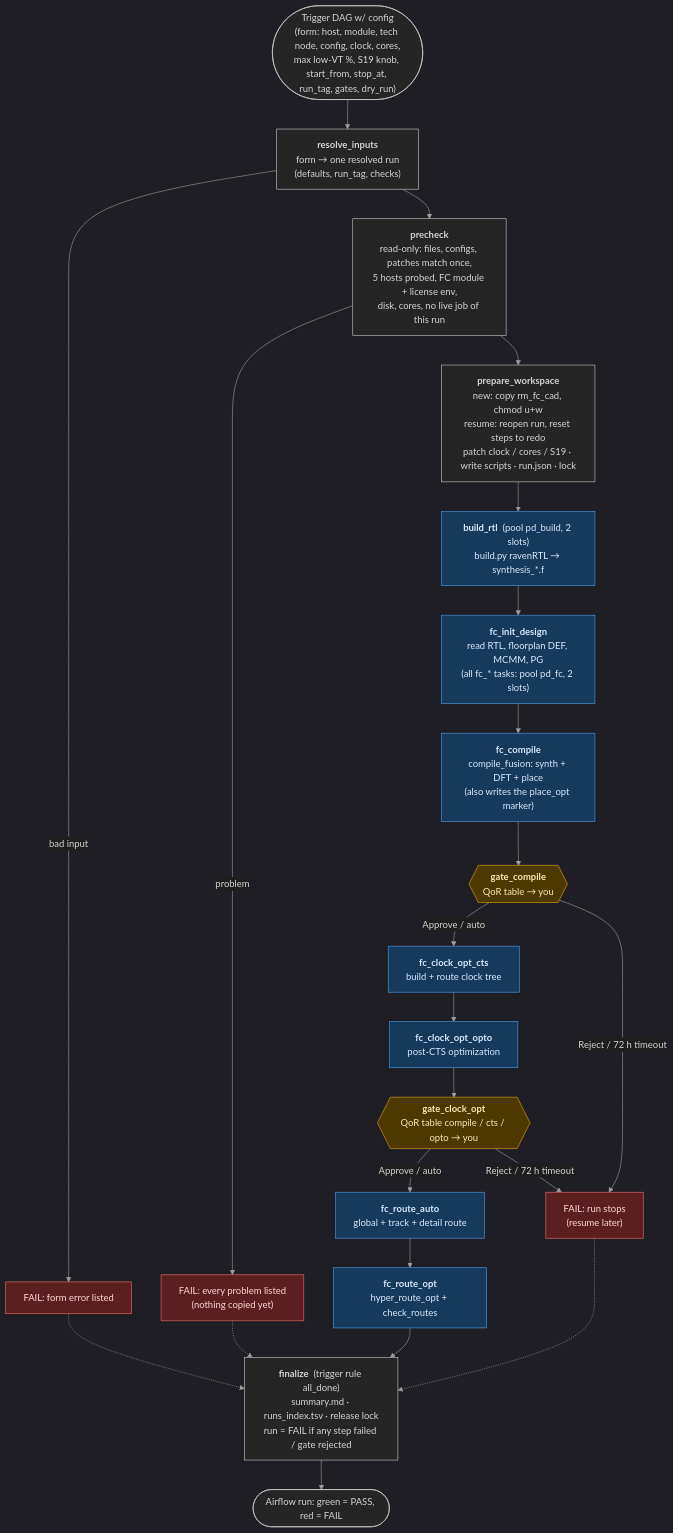
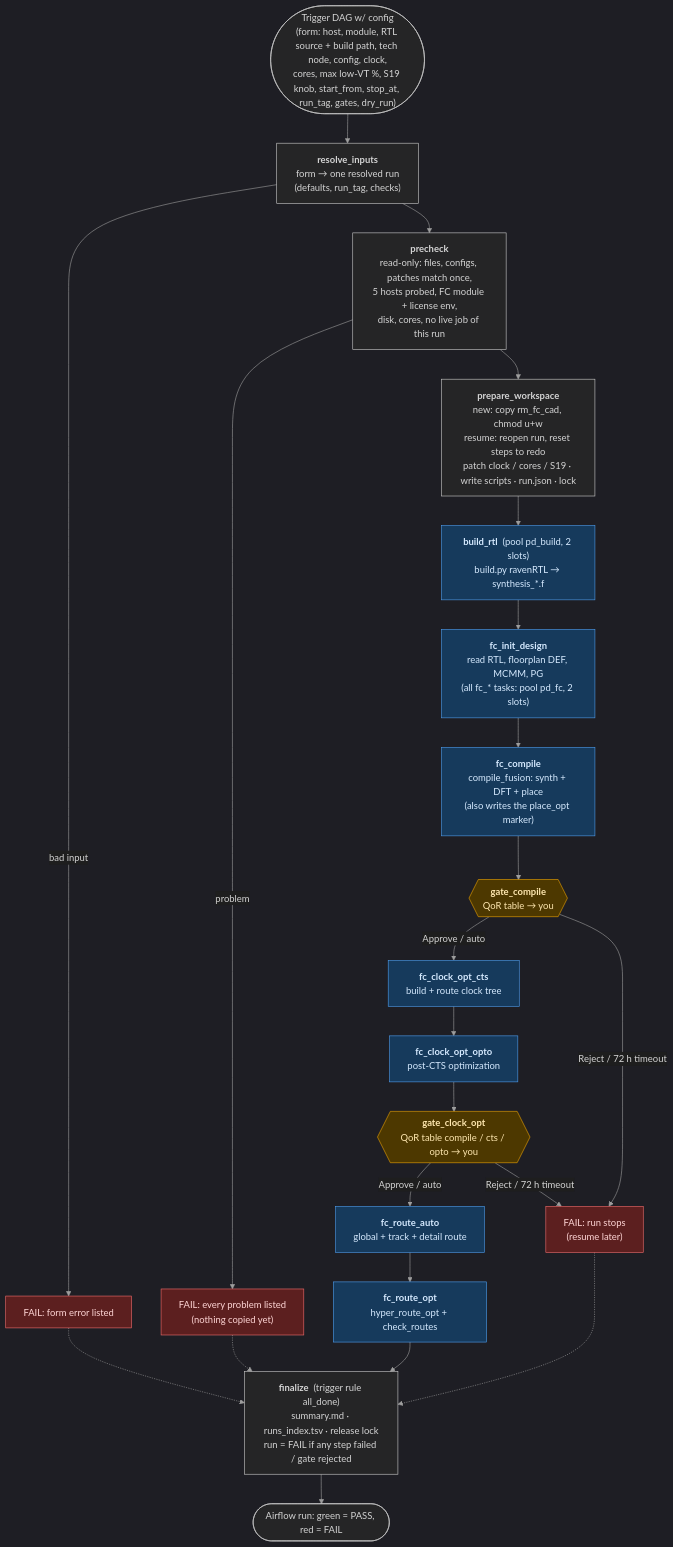
One commit to jayadityasingh9/pd_flow_airflow changed the second of 7 diagrams in FLOW.md. Above: the diagram before and after it, drawn with Mermaid. The commit also changed other lines of this file and 11 other files, not shown here.

First line of the commit message:
RTL source selector: run build.py / reuse an existing build / custom Tcl filelist

````diff
--- a/FLOW.md
+++ b/FLOW.md
@@ -63,38 +63,38 @@
 ```mermaid
 %%{init: {'theme': 'dark', 'themeVariables': {'background': '#1e1e1e', 'mainBkg': '#252526', 'primaryColor': '#2d2d30', 'primaryTextColor': '#d4d4d4', 'primaryBorderColor': '#6e6e6e', 'secondaryColor': '#2d2d30', 'tertiaryColor': '#1e1e1e', 'lineColor': '#9e9e9e', 'textColor': '#d4d4d4', 'clusterBkg': '#252526', 'clusterBorder': '#555555', 'edgeLabelBackground': '#1e1e1e', 'noteBkgColor': '#3a3d41', 'noteTextColor': '#d4d4d4', 'noteBorderColor': '#6e6e6e', 'actorBkg': '#2d2d30', 'actorBorder': '#6e6e6e', 'actorTextColor': '#d4d4d4', 'signalColor': '#d4d4d4', 'signalTextColor': '#d4d4d4', 'labelBoxBkgColor': '#2d2d30', 'labelTextColor': '#d4d4d4', 'loopTextColor': '#d4d4d4', 'activationBkgColor': '#3a3d41', 'fontFamily': 'Segoe UI, Ubuntu, sans-serif'}}}%%
 flowchart TD
-    T(["Trigger DAG w/ config<br/>(form: host, module, tech node, config, clock, cores,<br/>max low-VT %, S19 knob, start_from, stop_at, run_tag, gates, dry_run)"])
+    T(["Trigger DAG w/ config<br/>(form: host, module, RTL source + build path, tech node, config, clock,<br/>cores, max low-VT %, S19 knob, start_from, stop_at, run_tag, gates, dry_run)"])
     T --> R
 
     R["<b>resolve_inputs</b><br/>form → one resolved run<br/>(defaults, run_tag, checks)"]
     R -->|bad input| X1["FAIL: form error listed"]
     R --> PC["<b>precheck</b><br/>read-only: files, configs, patches match once,<br/>5 hosts probed, FC module + license env,<br/>disk, cores, no live job of this run"]
     PC -->|problem| X2["FAIL: every problem listed<br/>(nothing copied yet)"]
     PC --> PW["<b>prepare_workspace</b><br/>new: copy rm_fc_cad, chmod u+w<br/>resume: reopen run, reset steps to redo<br/>patch clock / cores / S19 · write scripts · run.json · lock"]
 
     PW --> B["<b>build_rtl</b>  (pool pd_build, 2 slots)<br/>build.py ravenRTL → synthesis_*.f"]
     B --> I["<b>fc_init_design</b><br/>read RTL, floorplan DEF, MCMM, PG<br/>(all fc_* tasks: pool pd_fc, 2 slots)"]
     I --> C["<b>fc_compile</b><br/>compile_fusion: synth + DFT + place<br/>(also writes the place_opt marker)"]
     C --> G1{{"<b>gate_compile</b><br/>QoR table → you"}}
     G1 -->|Approve / auto| CTS["<b>fc_clock_opt_cts</b><br/>build + route clock tree"]
     G1 -->|Reject / 72 h timeout| XG["FAIL: run stops<br/>(resume later)"]
     CTS --> OP["<b>fc_clock_opt_opto</b><br/>post-CTS optimization"]
     OP --> G2{{"<b>gate_clock_opt</b><br/>QoR table compile / cts / opto → you"}}
     G2 -->|Approve / auto| RA["<b>fc_route_auto</b><br/>global + track + detail route"]
     G2 -->|Reject / 72 h timeout| XG
     RA --> RO["<b>fc_route_opt</b><br/>hyper_route_opt + check_routes"]
     RO --> F
 
     X1 -.-> F
     X2 -.-> F
     XG -.-> F
     F["<b>finalize</b>  (trigger rule all_done)<br/>summary.md · runs_index.tsv · release lock<br/>run = FAIL if any step failed / gate rejected"]
     F --> E(["Airflow run: green = PASS, red = FAIL"])
 
     classDef gate fill:#4d3800,stroke:#f0a500,color:#ffe8b0;
     classDef tool fill:#163a5c,stroke:#4f9ded,color:#d6eaff;
     classDef fail fill:#5c1f1f,stroke:#f26d6d,color:#ffd6d6;
     class G1,G2 gate;
     class B,I,C,CTS,OP,RA,RO tool;
     class X1,X2,XG fail;
 ```
````
